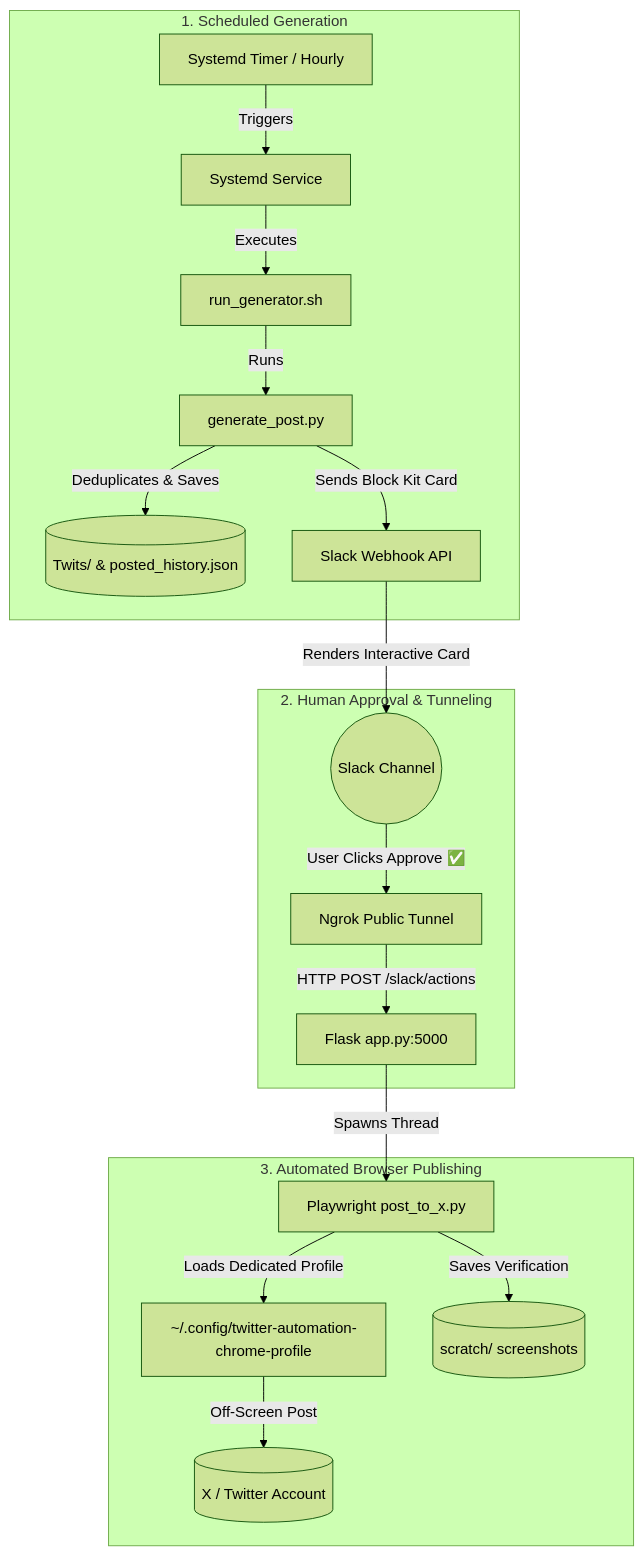
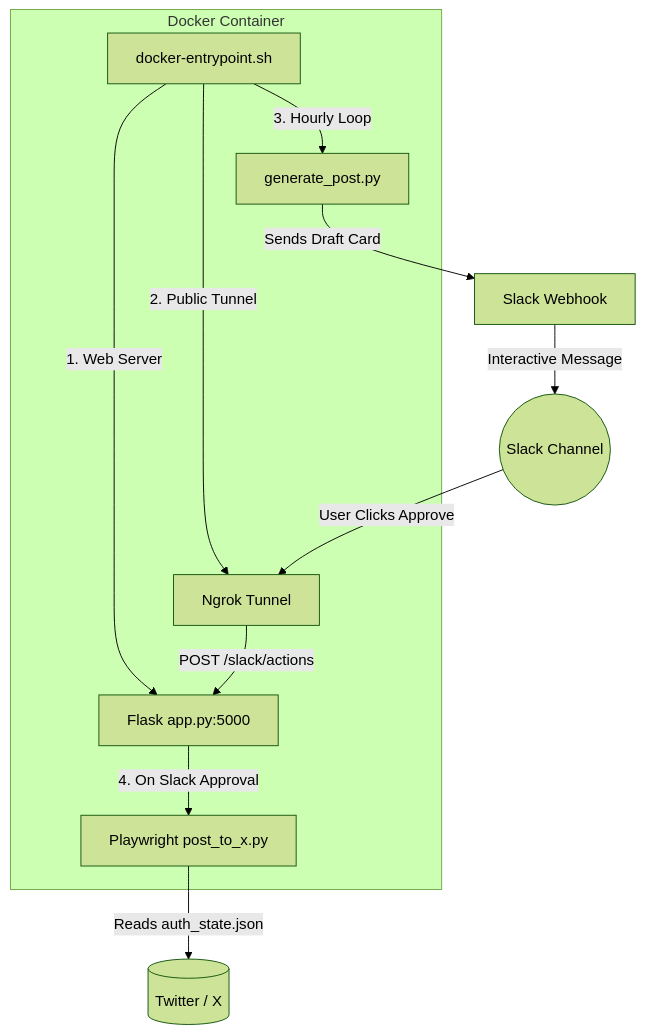
The diagram in README.md (ravixpanchal/x-post-automation), drawn with Mermaid (forest theme) before and after one commit. The commit also changed other lines of this file and 10 other files, not shown here.

````diff
--- a/README.md
+++ b/README.md
@@ -27,23 +25,15 @@
 ```mermaid
 graph TD
-    subgraph "1. Scheduled Generation"
-        Timer[Systemd Timer / Hourly] -->|Triggers| Service[Systemd Service]
-        Service -->|Executes| RunGen[run_generator.sh]
-        RunGen -->|Runs| Gen[generate_post.py]
-        Gen -->|Deduplicates & Saves| Backup[(Twits/ & posted_history.json)]
-        Gen -->|Sends Block Kit Card| SlackAPI[Slack Webhook API]
+    subgraph "Docker Container"
+        Entrypoint[docker-entrypoint.sh] -->|1. Web Server| Flask[Flask app.py:5000]
+        Entrypoint -->|2. Public Tunnel| Ngrok[Ngrok Tunnel]
+        Entrypoint -->|3. Hourly Loop| Gen[generate_post.py]
+        Flask -->|4. On Slack Approval| Playwright[Playwright post_to_x.py]
     end
 
-    subgraph "2. Human Approval & Tunneling"
-        SlackAPI -->|Renders Interactive Card| SlackChannel((Slack Channel))
-        SlackChannel -->|User Clicks Approve ✅| Ngrok[Ngrok Public Tunnel]
-        Ngrok -->|HTTP POST /slack/actions| Flask[Flask app.py:5000]
-    end
-
-    subgraph "3. Automated Browser Publishing"
-        Flask -->|Spawns Thread| Playwright[Playwright post_to_x.py]
-        Playwright -->|Loads Dedicated Profile| ChromeContext[~/.config/twitter-automation-chrome-profile]
-        ChromeContext -->|Off-Screen Post| X[(X / Twitter Account)]
-        Playwright -->|Saves Verification| Scratch[(scratch/ screenshots)]
-    end
+    Gen -->|Sends Draft Card| SlackAPI[Slack Webhook]
+    SlackAPI -->|Interactive Message| SlackChannel((Slack Channel))
+    SlackChannel -->|User Clicks Approve| Ngrok
+    Ngrok -->|POST /slack/actions| Flask
+    Playwright -->|Reads auth_state.json| X[(Twitter / X)]
 ```
````
